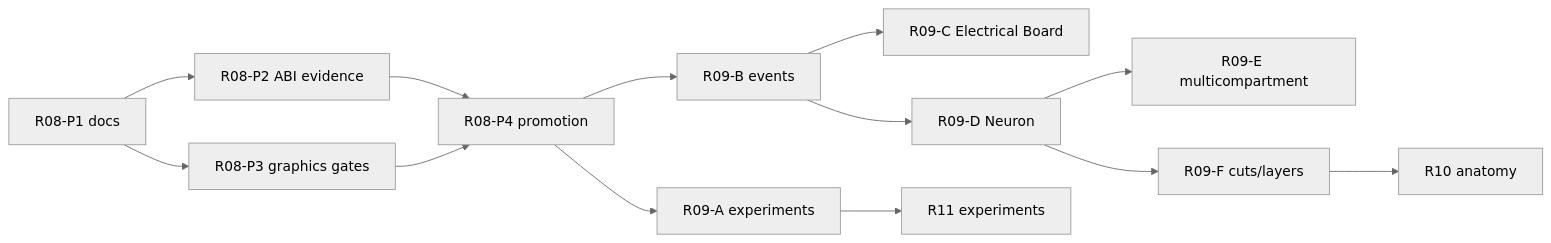
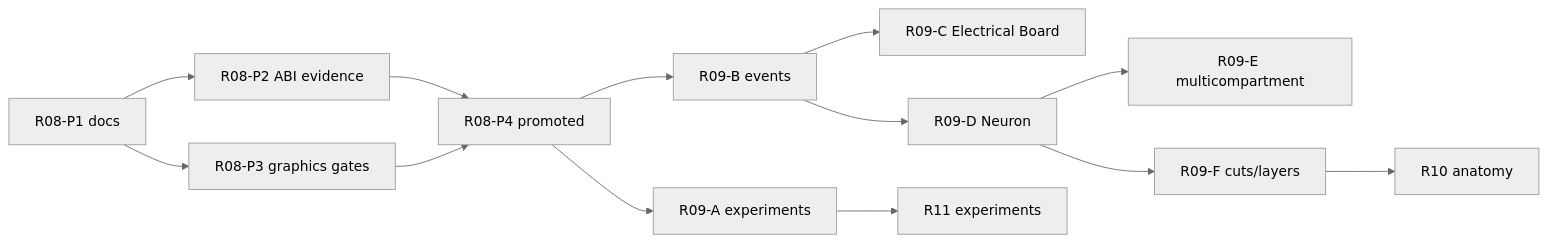
One commit to blightghp/blightghp changed diagram 13 of 13 in ARCHITECTURE.md. Above: the diagram before and after it, drawn with Mermaid (neutral theme). The commit also changed other lines of this file and 7 other files, not shown here.

````diff
--- a/ARCHITECTURE.md
+++ b/ARCHITECTURE.md
@@ -449,15 +449,15 @@
 ```mermaid
 flowchart LR
     P1["R08-P1 docs"] --> P2["R08-P2 ABI evidence"]
     P1 --> P3["R08-P3 graphics gates"]
-    P2 --> P4["R08-P4 promotion"]
+    P2 --> P4["R08-P4 promoted"]
     P3 --> P4
     P4 --> A["R09-A experiments"]
     P4 --> B["R09-B events"]
     B --> C["R09-C Electrical Board"]
     B --> D["R09-D Neuron"]
     D --> E["R09-E multicompartment"]
     D --> F["R09-F cuts/layers"]
     F --> ATLAS["R10 anatomy"]
     A --> EXP["R11 experiments"]
 ```
````
